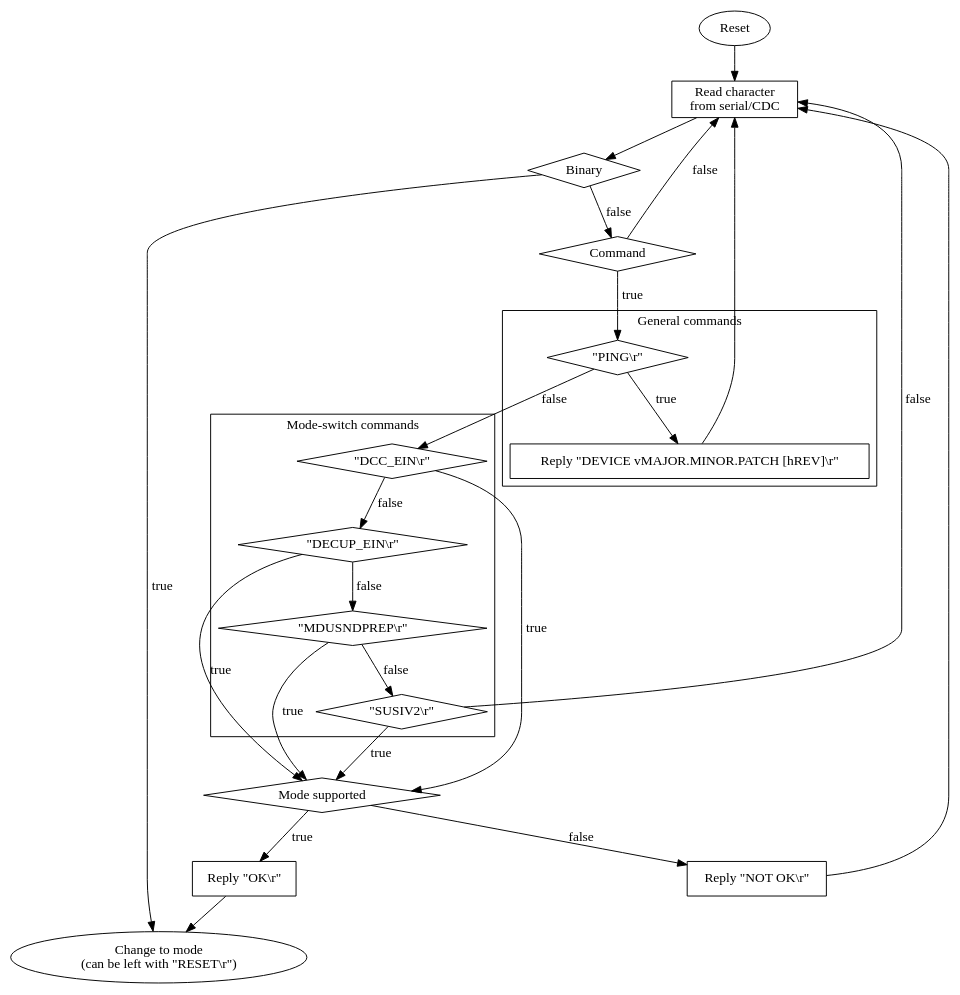
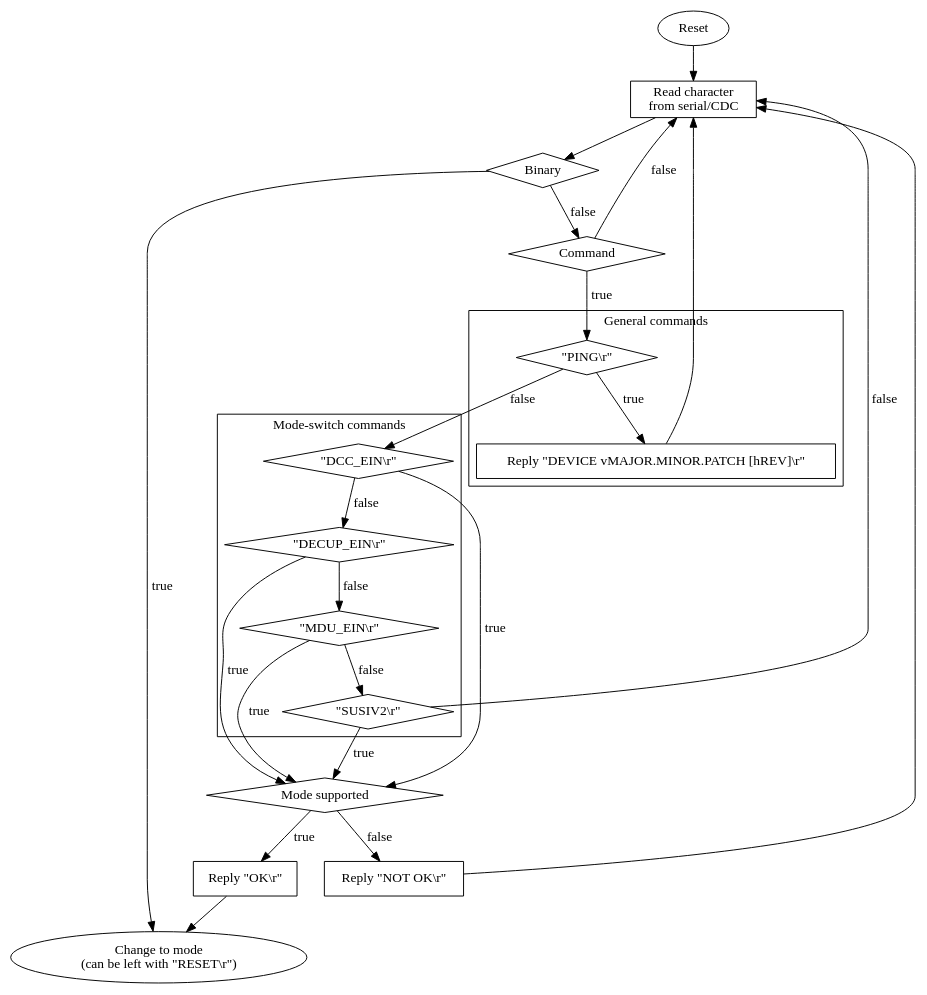
The diagram in data/ulfcom.dot (ZIMO-Elektronik/ULF_COM), drawn with Graphviz before and after one commit. The commit also changed 16 other files, not shown here.

```diff
--- a/data/ulfcom.dot
+++ b/data/ulfcom.dot
@@ -1,56 +1,56 @@
 digraph {
   newrank=true;
 
   reset->getc;
   reset[label="Reset"];
 
   getc[shape=rect, label="Read character\nfrom serial/CDC"];
   getc->binary;
 
   binary[shape=diamond, label="Binary"];
   binary->change_mode[label="true"];
   binary->command[label="false"];
 
   command[shape=diamond, label="Command"];
   command->ping[label="true"];
   command->getc[label="false"];
 
   subgraph cluster_general_commands {
     label="General commands";
     ping[shape=diamond, label="\"PING\\r\""];
     execute_ping[shape=rect, label="Reply \"DEVICE vMAJOR.MINOR.PATCH [hREV]\\r\""];
     ping->execute_ping[label="true"];
   }
 
   execute_ping->getc;
 
   subgraph cluster_mode_commands {
     label="Mode-switch commands";
     dcc_ein[shape=diamond, label="\"DCC_EIN\\r\""];
     ping->dcc_ein[label="false"];
     decup_ein[shape=diamond, label="\"DECUP_EIN\\r\""];
     dcc_ein->decup_ein[label="false"];
-    mdusndprep[shape=diamond, label="\"MDUSNDPREP\\r\""];
-    decup_ein->mdusndprep[label="false"];
+    mdu_ein[shape=diamond, label="\"MDU_EIN\\r\""];
+    decup_ein->mdu_ein[label="false"];
     susiv2[shape=diamond, label="\"SUSIV2\\r\""];
-    mdusndprep->susiv2[label="false"];
+    mdu_ein->susiv2[label="false"];
   }
 
   susiv2->getc[label="false"];
 
   mode_supported[shape=diamond, label="Mode supported"];
   dcc_ein->mode_supported[label="true"];
   decup_ein->mode_supported[label="true"];
-  mdusndprep->mode_supported[label="true"];
+  mdu_ein->mode_supported[label="true"];
   susiv2->mode_supported[label="true"];
 
   mode_supported->reply_ok[label="true"];
   mode_supported->reply_not_ok[label="false"];
 
   change_mode[label="Change to mode\n(can be left with \"RESET\\r\")"];
   reply_ok[shape=rect, label="Reply \"OK\\r\""];
   reply_ok->change_mode;
 
   reply_not_ok[shape=rect, label="Reply \"NOT OK\\r\""];
   reply_not_ok->getc;
 }
```
